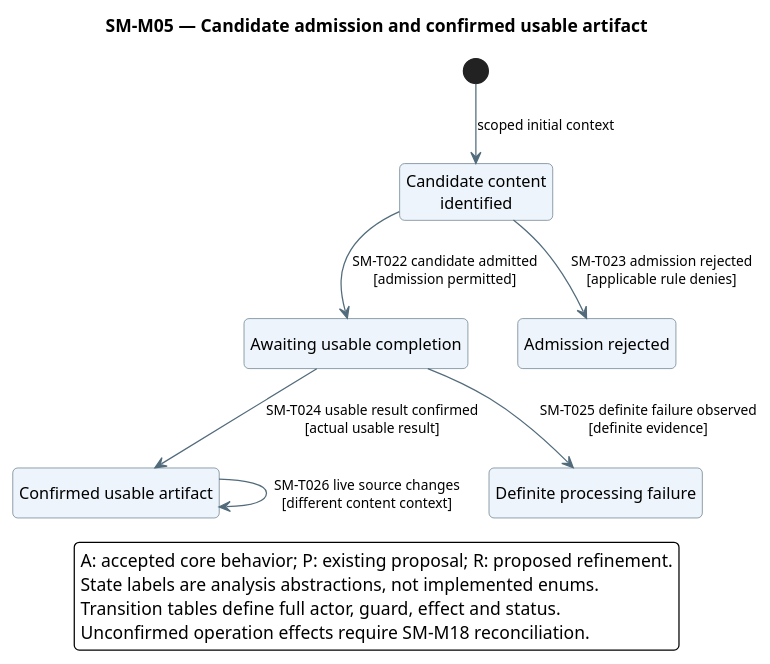
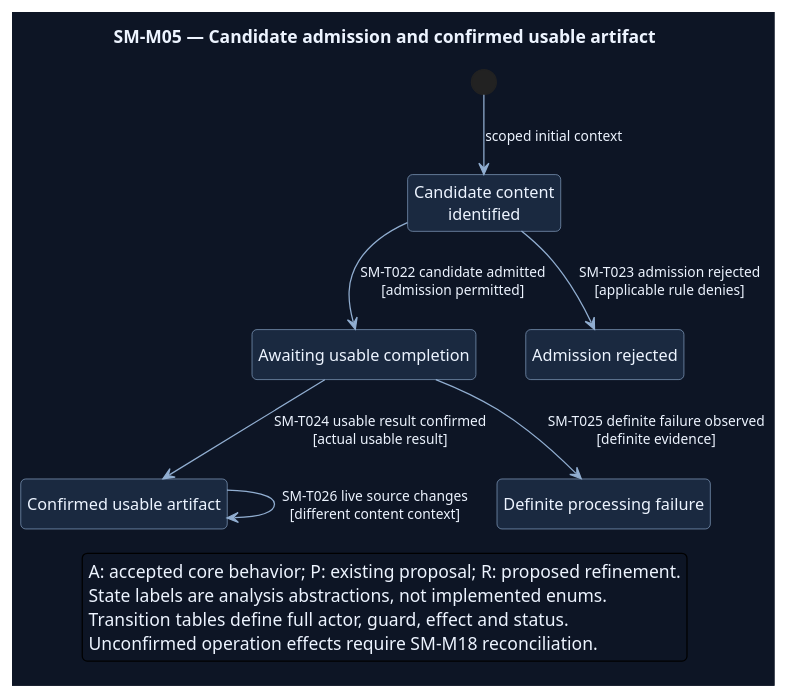
One commit to Farhad-V/Web-Resumefolio changed the diagram in Docs/SDLC/03-System-Analysis/Diagrams/State-Artifact-Availability.puml. Above: the diagram before and after it, drawn with PlantUML. The commit also changed 1772 other files, not shown here.

```diff
--- a/Docs/SDLC/03-System-Analysis/Diagrams/State-Artifact-Availability.puml
+++ b/Docs/SDLC/03-System-Analysis/Diagrams/State-Artifact-Availability.puml
@@ -1,39 +1,40 @@
 @startuml
 ' OWNER-MVP-2026-11-04 review: MVP core / cross-cutting. Core presentation/application/files or shared authority/recovery invariant remains applicable.
-skinparam backgroundColor white
+skinparam backgroundColor #0D1525
+skinparam defaultFontColor #EDF4FF
 skinparam defaultFontName Segoe UI
 skinparam defaultFontSize 13
 skinparam shadowing false
 skinparam roundcorner 8
-skinparam ArrowColor #526B7B
+skinparam ArrowColor #91AED1
 skinparam ArrowFontSize 11
-skinparam stateBackgroundColor #EDF4FB
-skinparam stateBorderColor #526B7B
-skinparam stateStartColor #163E52
-skinparam stateEndColor #163E52
-skinparam noteBackgroundColor #FFF3DF
-skinparam noteBorderColor #B99557
+skinparam stateBackgroundColor #1A2940
+skinparam stateBorderColor #91AED1
+skinparam stateStartColor #60C7E5
+skinparam stateEndColor #60C7E5
+skinparam noteBackgroundColor #4A302B
+skinparam noteBorderColor #F1AD8A
 skinparam nodesep 38
 skinparam ranksep 48
 hide empty description
 top to bottom direction
 
 title SM-M05 — Candidate admission and confirmed usable artifact
 state "Candidate content\nidentified" as Candidate
 state "Awaiting usable completion" as Pending
 state "Confirmed usable artifact" as Available
 state "Admission rejected" as Rejected
 state "Definite processing failure" as Failed
 [*] --> Candidate : scoped initial context
 Candidate --> Pending : SM-T022 candidate admitted\n[admission permitted]
 Candidate --> Rejected : SM-T023 admission rejected\n[applicable rule denies]
 Pending --> Available : SM-T024 usable result confirmed\n[actual usable result]
 Pending --> Failed : SM-T025 definite failure observed\n[definite evidence]
 Available --> Available : SM-T026 live source changes\n[different content context]
 legend bottom
 A: accepted core behavior; P: existing proposal; R: proposed refinement.
 State labels are analysis abstractions, not implemented enums.
 Transition tables define full actor, guard, effect and status.
 Unconfirmed operation effects require SM-M18 reconciliation.
 endlegend
 @enduml
```
